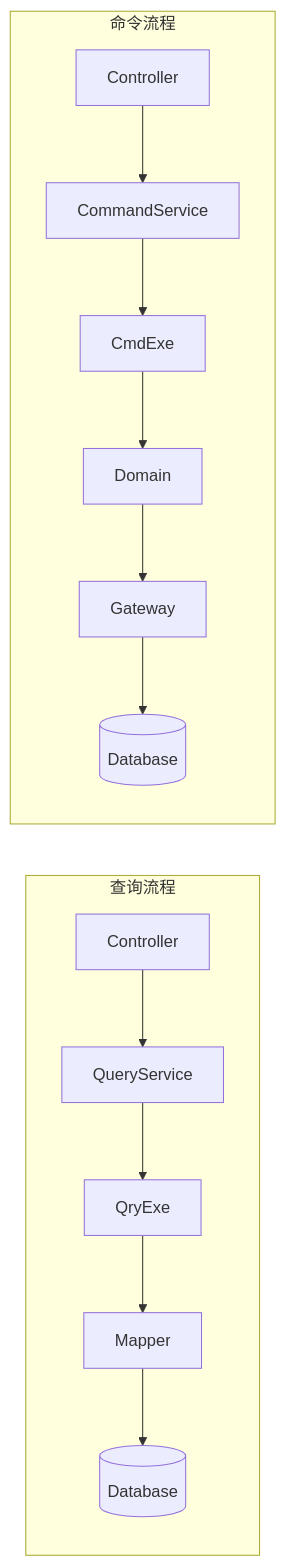
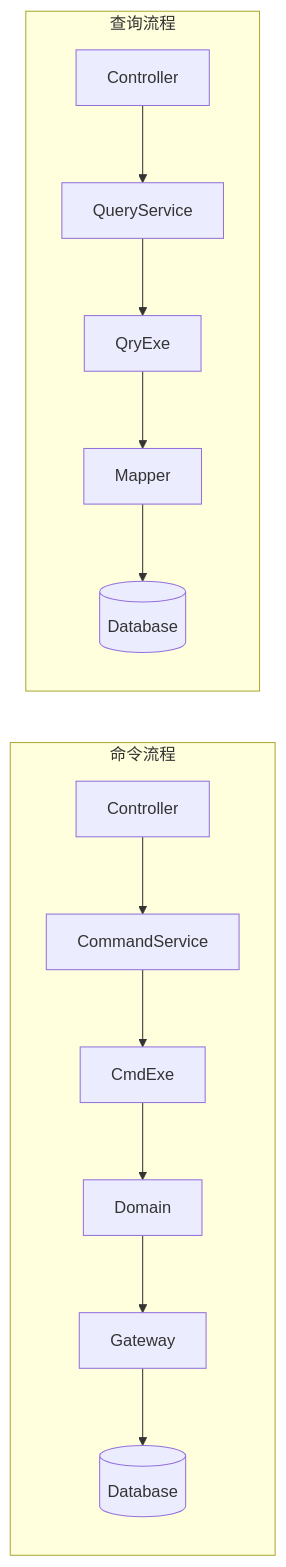
Before and after one commit to shiyindaxiaojie/eden-demo-cola: the seventh of 7 diagrams in README-zh-CN.md, drawn with Mermaid. The commit also changed 1 other file, not shown here.

````diff
--- a/README-zh-CN.md
+++ b/README-zh-CN.md
@@ -597,14 +597,19 @@
 ```mermaid
-flowchart TB
-    subgraph 命令流程
+flowchart LR
+    subgraph CmdFlow["命令流程"]
         direction TB
-        C1[Controller] --> C2[CommandService] --> C3[CmdExe] --> C4[Domain] --> C5[Gateway] --> C6[(Database)]
+        C1[Controller] --> C2[CommandService]
+        C2 --> C3[CmdExe]
+        C3 --> C4[Domain]
+        C4 --> C5[Gateway]
+        C5 --> C6[(Database)]
     end
     
-    subgraph 查询流程
+    subgraph QryFlow["查询流程"]
         direction TB
-        Q1[Controller] --> Q2[QueryService] --> Q3[QryExe] --> Q4[Mapper] --> Q5[(Database)]
+        Q1[Controller] --> Q2[QueryService]
+        Q2 --> Q3[QryExe]
+        Q3 --> Q4[Mapper]
+        Q4 --> Q5[(Database)]
     end
-    
-    命令流程 ~~~ 查询流程
 ```
````
